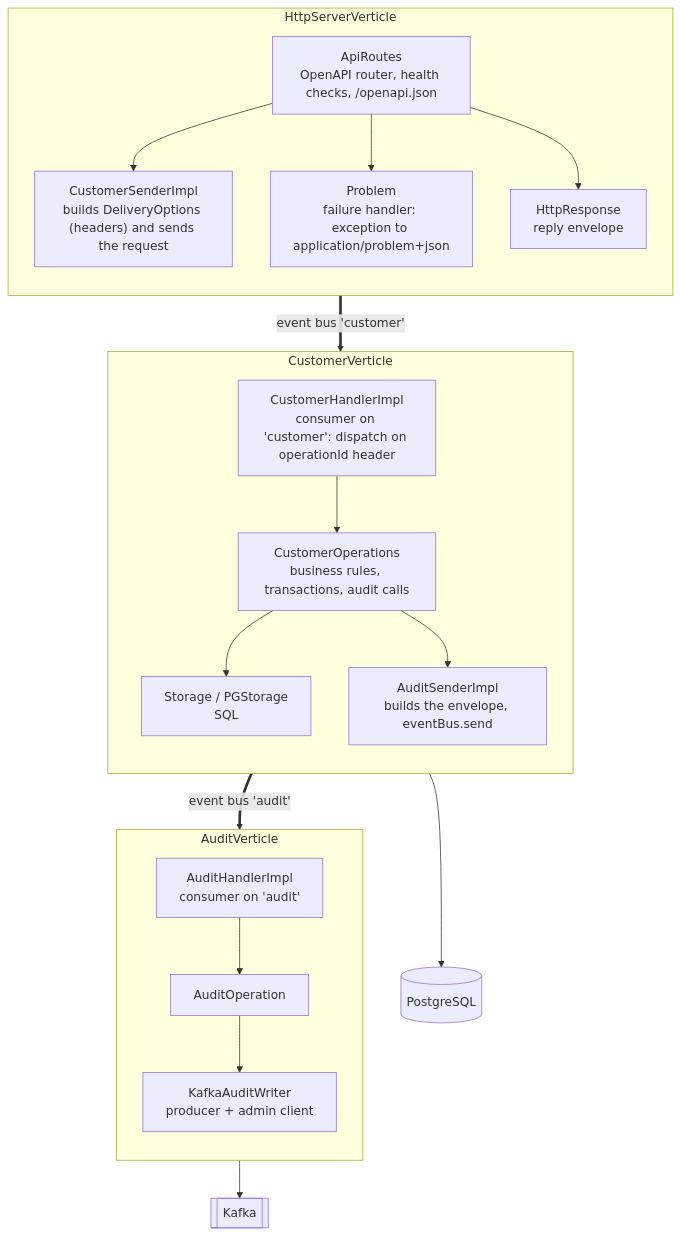
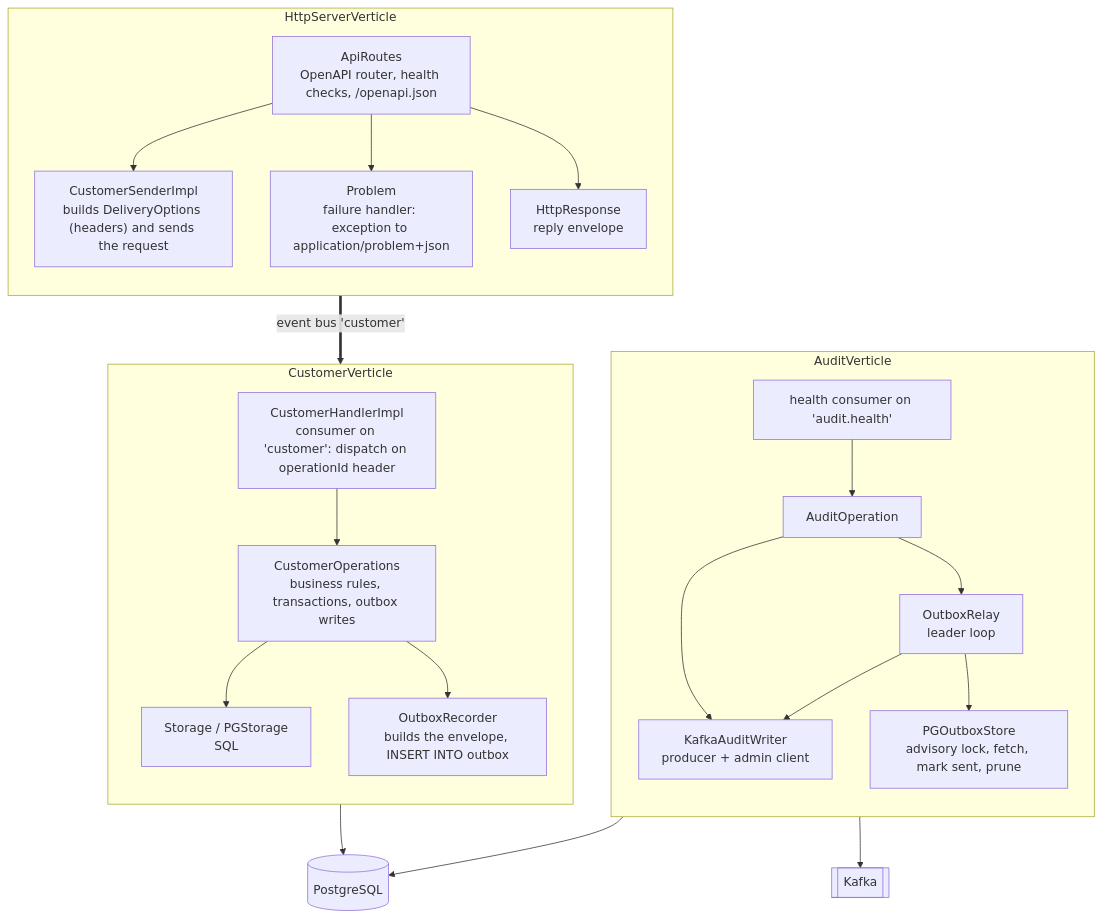
Before and after one commit to bataillec/customer-api-vertx: the fourth of 17 diagrams in docs/ARCHITECTURE.md, drawn with Mermaid. The commit also changed other lines of this file and 41 other files, not shown here.

First line of the commit message:
feat(Audit): Write audit events through a transactional outbox (#23)

````diff
--- a/docs/ARCHITECTURE.md
+++ b/docs/ARCHITECTURE.md
@@ -101,37 +100,42 @@
 ```mermaid
 flowchart TB
     subgraph HttpServerVerticle
         direction TB
         ar["ApiRoutes<br/>OpenAPI router, health checks, /openapi.json"]
         cs["CustomerSenderImpl<br/>builds DeliveryOptions (headers) and sends the request"]
         pr["Problem<br/>failure handler: exception to application/problem+json"]
         hr["HttpResponse<br/>reply envelope"]
         ar --> cs
         ar --> pr
         ar --> hr
     end
 
     subgraph CustomerVerticle
         direction TB
         ch["CustomerHandlerImpl<br/>consumer on 'customer': dispatch on operationId header"]
-        co["CustomerOperations<br/>business rules, transactions, audit calls"]
+        co["CustomerOperations<br/>business rules, transactions, outbox writes"]
         st["Storage / PGStorage<br/>SQL"]
-        as["AuditSenderImpl<br/>builds the envelope, eventBus.send"]
+        as["OutboxRecorder<br/>builds the envelope, INSERT INTO outbox"]
         ch --> co
         co --> st
         co --> as
     end
 
     subgraph AuditVerticle
         direction TB
-        ah["AuditHandlerImpl<br/>consumer on 'audit'"]
+        ah["health consumer on 'audit.health'"]
         ao["AuditOperation"]
+        rl["OutboxRelay<br/>leader loop"]
+        os["PGOutboxStore<br/>advisory lock, fetch, mark sent, prune"]
         kw["KafkaAuditWriter<br/>producer + admin client"]
         ah --> ao --> kw
+        ao --> rl
+        rl --> os
+        rl --> kw
     end
 
     cs ==>|" event bus 'customer' "| ch
-    as ==>|" event bus 'audit' "| ah
     st --> pg[(PostgreSQL)]
+    os --> pg
     kw --> kafka[[Kafka]]
 ```
````
